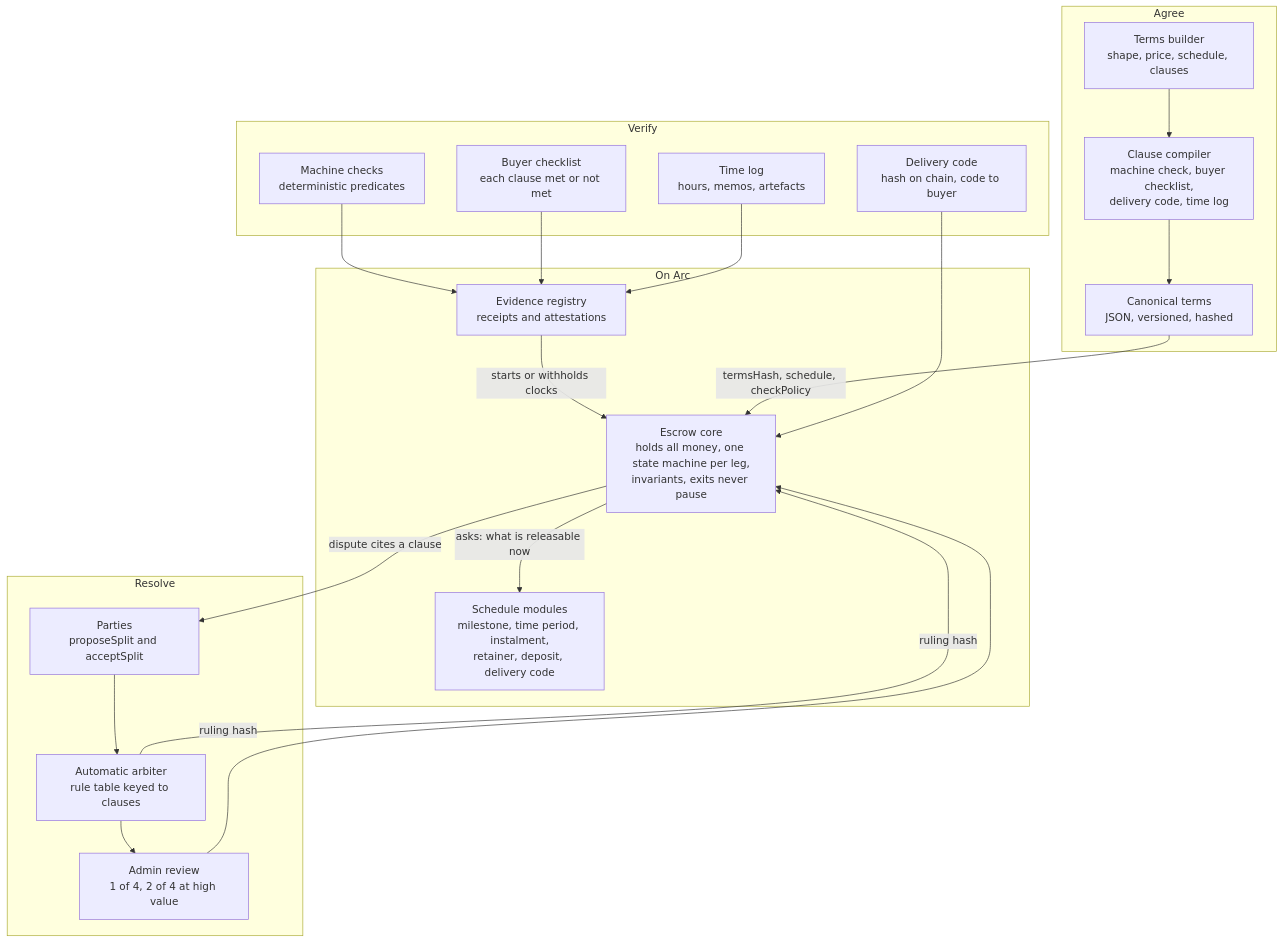
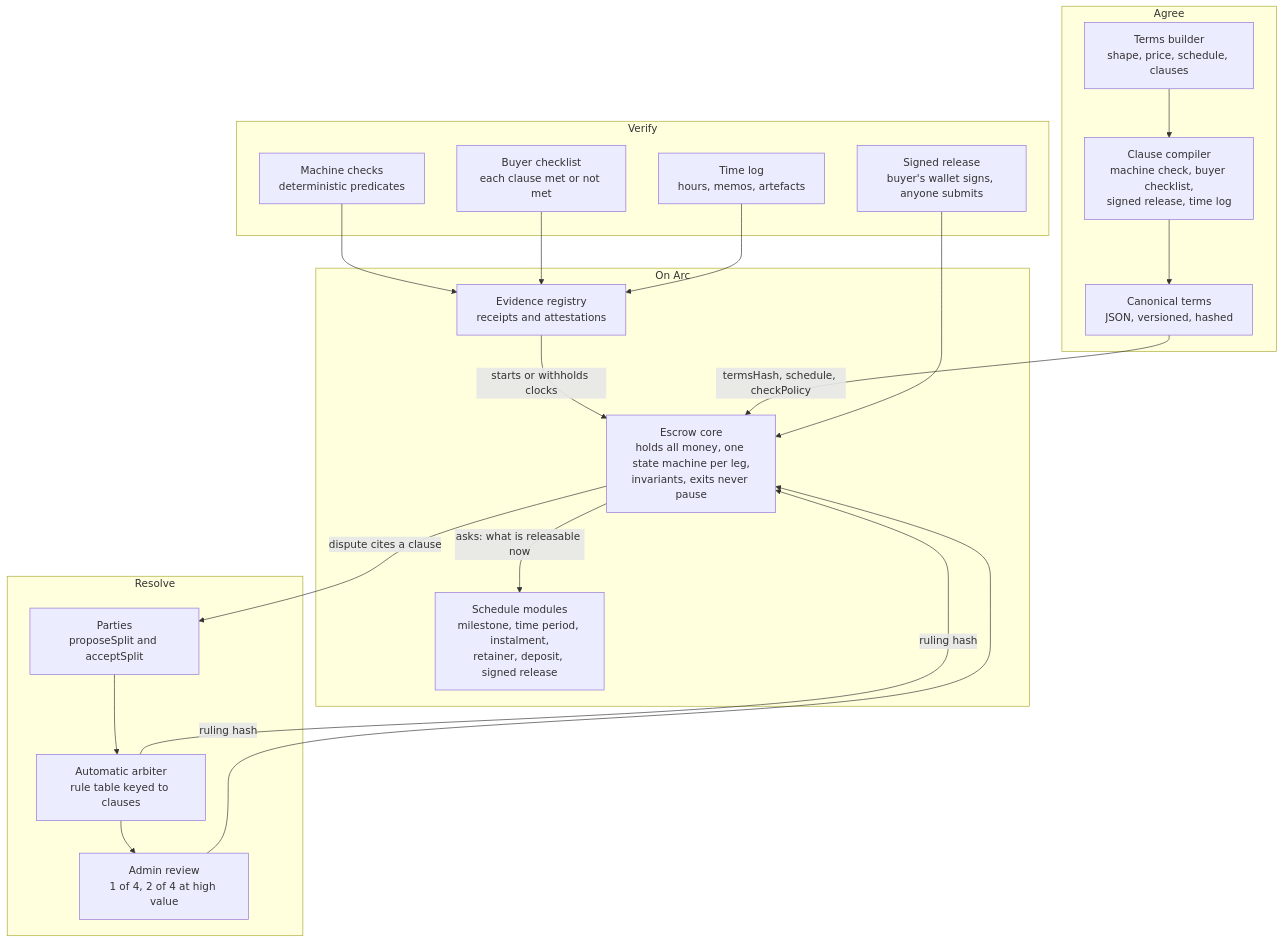
One commit to Iziedking/Karwan changed the first of 4 diagrams in docs/architecture/07-escrow.md. Above: the diagram before and after it, drawn with Mermaid. The commit also changed other lines of this file and 1 other file, not shown here.

Commit message:
docs(architecture): signed release at handover, instalment plans with pledged parts, and disputes with appeal and a fallback built

````diff
--- a/docs/architecture/07-escrow.md
+++ b/docs/architecture/07-escrow.md
@@ -25,39 +25,39 @@
 ```mermaid
 flowchart TB
   subgraph Agree[Agree]
     T[Terms builder<br/>shape, price, schedule, clauses]
-    C[Clause compiler<br/>machine check, buyer checklist,<br/>delivery code, time log]
+    C[Clause compiler<br/>machine check, buyer checklist,<br/>signed release, time log]
     H[Canonical terms<br/>JSON, versioned, hashed]
     T --> C --> H
   end
 
   subgraph Chain[On Arc]
     CORE[Escrow core<br/>holds all money, one state machine per leg,<br/>invariants, exits never pause]
-    SCH[Schedule modules<br/>milestone, time period, instalment,<br/>retainer, deposit, delivery code]
+    SCH[Schedule modules<br/>milestone, time period, instalment,<br/>retainer, deposit, signed release]
     EV[Evidence registry<br/>receipts and attestations]
     CORE -- asks: what is releasable now --> SCH
     EV -- starts or withholds clocks --> CORE
   end
 
   subgraph Verify[Verify]
     MC[Machine checks<br/>deterministic predicates]
     BC[Buyer checklist<br/>each clause met or not met]
-    DC[Delivery code<br/>hash on chain, code to buyer]
+    DC[Signed release<br/>buyer's wallet signs, anyone submits]
     TL[Time log<br/>hours, memos, artefacts]
   end
 
   subgraph Resolve[Resolve]
     P1[Parties<br/>proposeSplit and acceptSplit]
     P2[Automatic arbiter<br/>rule table keyed to clauses]
     P3[Admin review<br/>1 of 4, 2 of 4 at high value]
   end
 
   H -- termsHash, schedule, checkPolicy --> CORE
   MC --> EV
   BC --> EV
   DC --> CORE
   TL --> EV
   CORE -- dispute cites a clause --> P1 --> P2 --> P3
   P2 -- ruling hash --> CORE
   P3 -- ruling hash --> CORE
 ```
````
